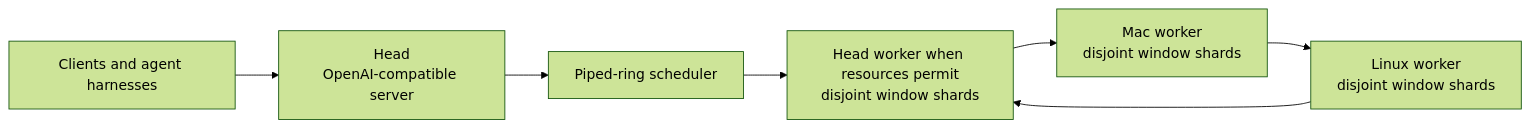
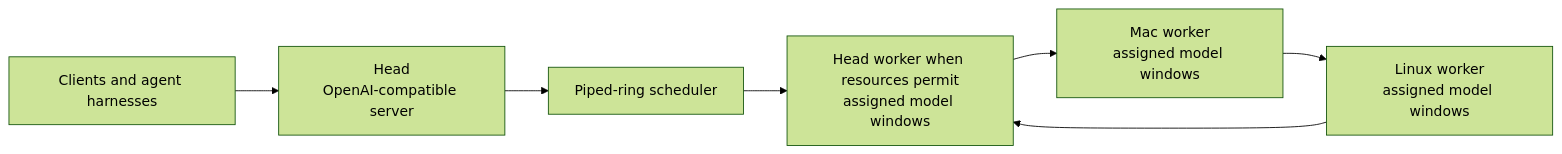
Before and after one commit to carl-stone/potluck.cpp: the diagram in README.md, drawn with Mermaid (forest theme). The commit also changed other lines of this file and 52 other files, not shown here.

````diff
--- a/README.md
+++ b/README.md
@@ -54,9 +60,9 @@
 ```mermaid
 flowchart LR
     C[Clients and agent harnesses] --> H[Head<br/>OpenAI-compatible server]
     H --> R[Piped-ring scheduler]
-    R --> W0[Head worker when resources permit<br/>disjoint window shards]
-    W0 --> W1[Mac worker<br/>disjoint window shards]
-    W1 --> W2[Linux worker<br/>disjoint window shards]
+    R --> W0[Head worker when resources permit<br/>assigned model windows]
+    W0 --> W1[Mac worker<br/>assigned model windows]
+    W1 --> W2[Linux worker<br/>assigned model windows]
     W2 --> W0
 ```
````
